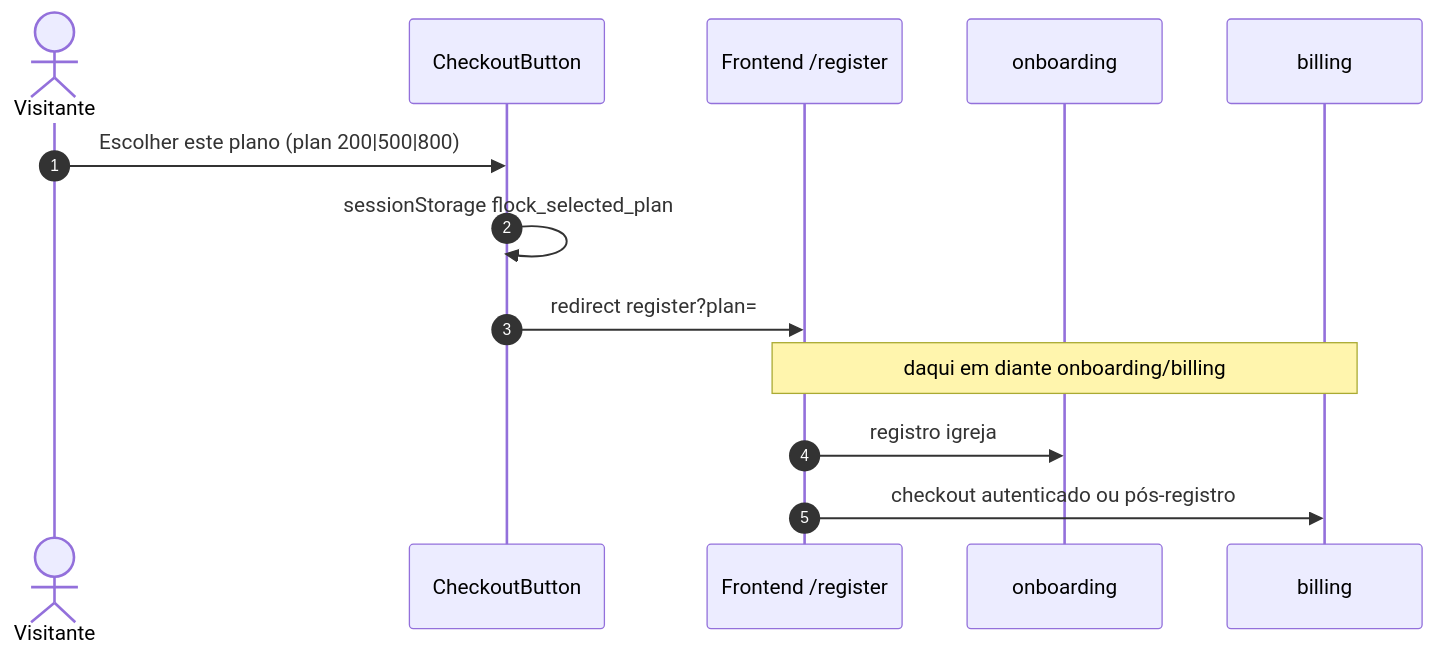
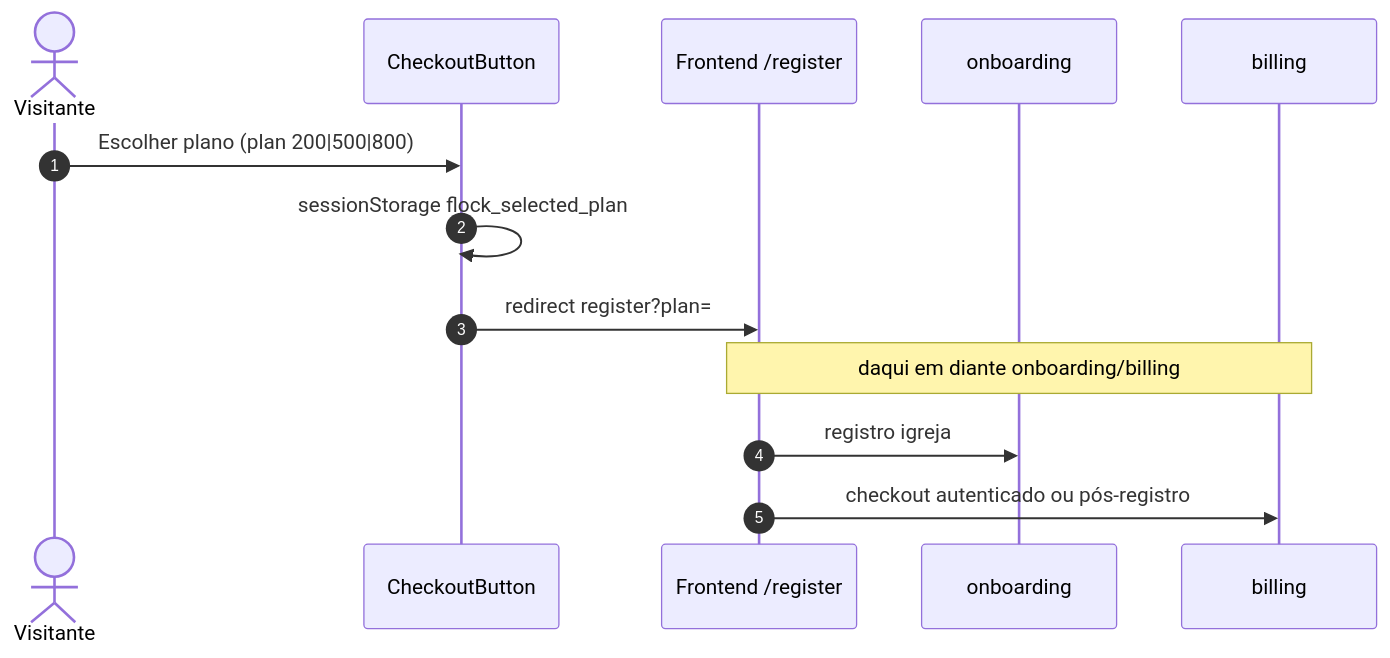
One commit to vinic-asouza/flock changed the second of 5 diagrams in docs/04_modulos/aquisicao.md. Above: the diagram before and after it, drawn with Mermaid. The commit also changed other lines of this file, not shown here.

````diff
--- a/docs/04_modulos/aquisicao.md
+++ b/docs/04_modulos/aquisicao.md
@@ -231,16 +231,16 @@
 ```mermaid
 sequenceDiagram
   autonumber
   actor V as Visitante
   participant L as CheckoutButton
   participant App as Frontend /register
   participant ONB as onboarding
   participant BILL as billing
 
-  V->>L: Escolher este plano (plan 200|500|800)
+  V->>L: Escolher plano (plan 200|500|800)
   L->>L: sessionStorage flock_selected_plan
   L->>App: redirect register?plan=
   Note over App,BILL: daqui em diante onboarding/billing
   App->>ONB: registro igreja
   App->>BILL: checkout autenticado ou pós-registro
 ```
````
